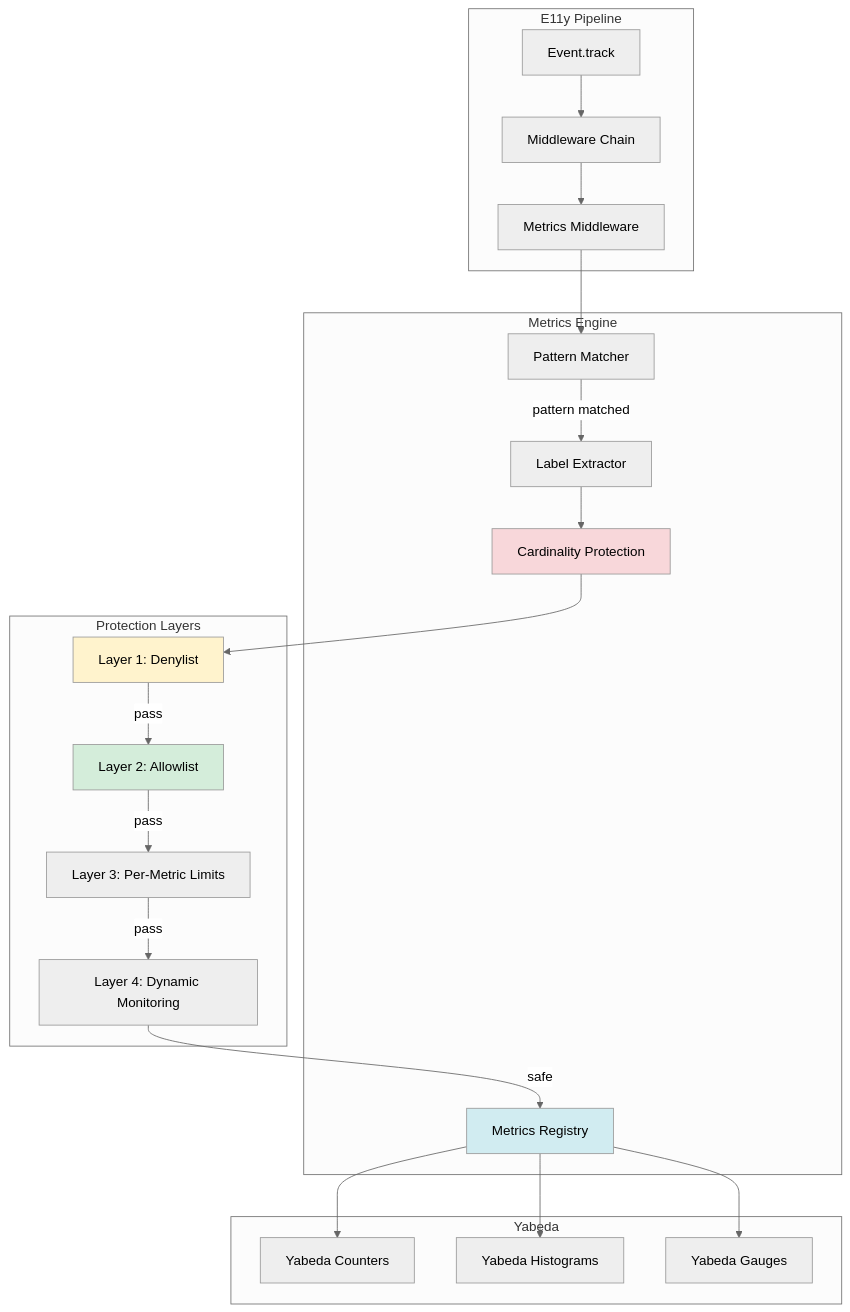
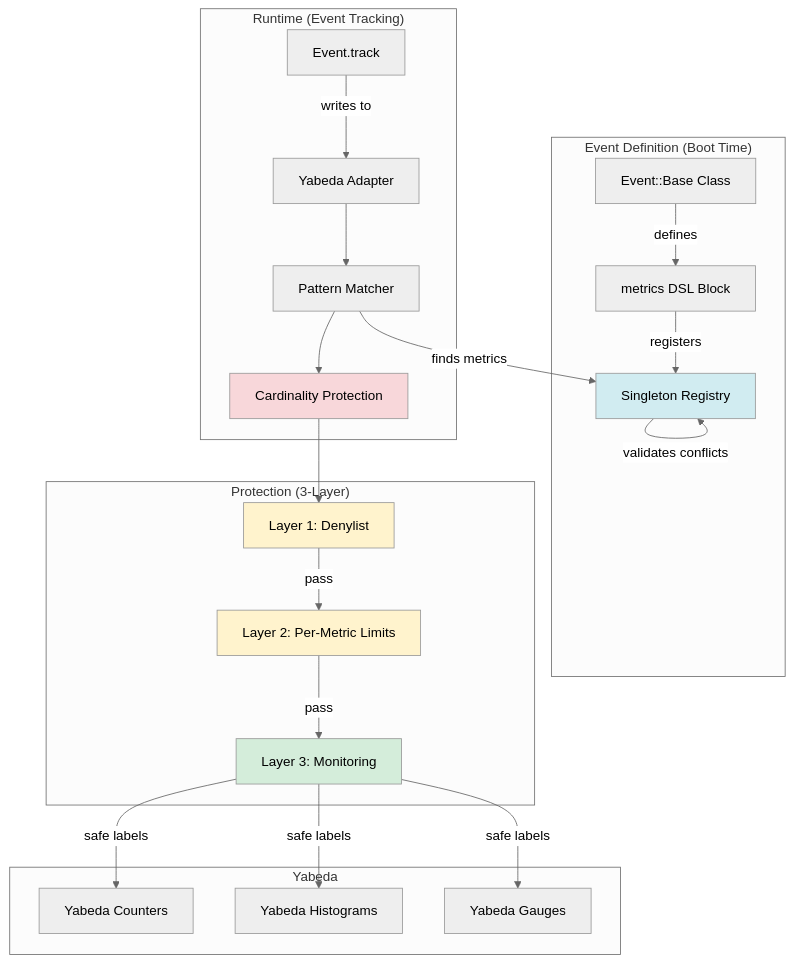
The second of 7 diagrams in docs/ADR-002-metrics-yabeda.md (arturseletskiy/e11y), drawn with Mermaid (neutral theme) before and after one commit. The commit also changed other lines of this file and 14 other files, not shown here.

Commit message:
Metrics DSL

````diff
--- a/docs/ADR-002-metrics-yabeda.md
+++ b/docs/ADR-002-metrics-yabeda.md
@@ -107,50 +251,49 @@
 ```mermaid
 graph TB
-    subgraph "E11y Pipeline"
-        Event[Event.track]
-        Pipeline[Middleware Chain]
-        Metrics[Metrics Middleware]
+    subgraph "Event Definition (Boot Time)"
+        EventClass[Event::Base Class]
+        MetricsDSL[metrics DSL Block]
+        Registry[Singleton Registry]
     end
     
-    subgraph "Metrics Engine"
+    subgraph "Runtime (Event Tracking)"
+        Event[Event.track]
+        YabedaAdapter[Yabeda Adapter]
         Matcher[Pattern Matcher]
-        Extractor[Label Extractor]
         Cardinality[Cardinality Protection]
-        Registry[Metrics Registry]
     end
     
     subgraph "Yabeda"
         Counter[Yabeda Counters]
         Histogram[Yabeda Histograms]
         Gauge[Yabeda Gauges]
     end
     
-    subgraph "Protection Layers"
+    subgraph "Protection (3-Layer)"
         L1[Layer 1: Denylist]
-        L2[Layer 2: Allowlist]
-        L3[Layer 3: Per-Metric Limits]
-        L4[Layer 4: Dynamic Monitoring]
+        L2[Layer 2: Per-Metric Limits]
+        L3[Layer 3: Monitoring]
     end
     
-    Event --> Pipeline
-    Pipeline --> Metrics
-    Metrics --> Matcher
+    EventClass -->|defines| MetricsDSL
+    MetricsDSL -->|registers| Registry
+    Registry -->|validates conflicts| Registry
     
-    Matcher -->|pattern matched| Extractor
-    Extractor --> Cardinality
+    Event -->|writes to| YabedaAdapter
+    YabedaAdapter --> Matcher
+    Matcher -->|finds metrics| Registry
+    Matcher --> Cardinality
     
     Cardinality --> L1
     L1 -->|pass| L2
     L2 -->|pass| L3
-    L3 -->|pass| L4
-    L4 -->|safe| Registry
+    L3 -->|safe labels| Counter
+    L3 -->|safe labels| Histogram
+    L3 -->|safe labels| Gauge
     
-    Registry --> Counter
-    Registry --> Histogram
-    Registry --> Gauge
-    
+    style Registry fill:#d1ecf1
     style Cardinality fill:#f8d7da
     style L1 fill:#fff3cd
-    style L2 fill:#d4edda
-    style Registry fill:#d1ecf1
+    style L2 fill:#fff3cd
+    style L3 fill:#d4edda
 ```
````
